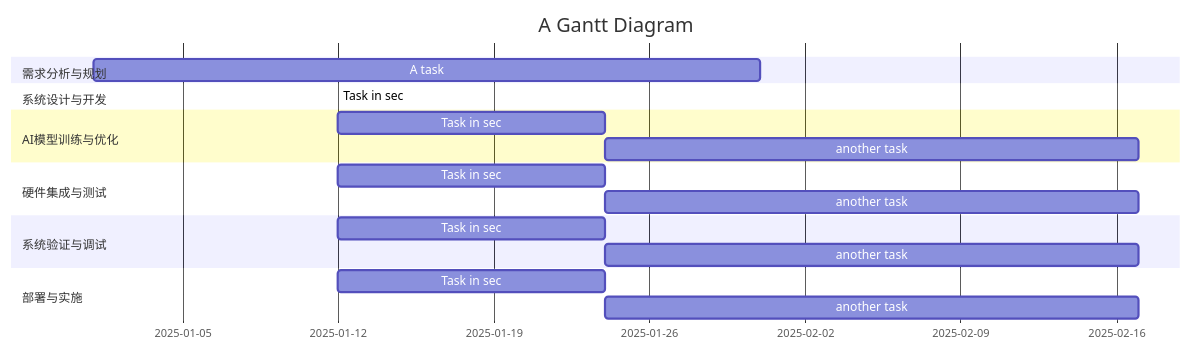
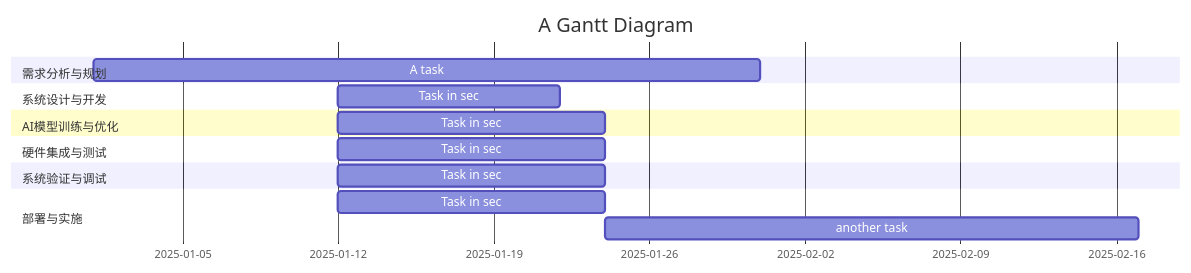
The diagram in all/代码甘特图.md (libobo6/iodraw-files), drawn with Mermaid before and after one commit.

Commit message:
2025-01-14 10:55:20 update

````diff
--- a/all/代码甘特图.md
+++ b/all/代码甘特图.md
@@ -1,21 +1,18 @@
 ```mermaid
 gantt
     title A Gantt Diagram
     dateFormat  YYYY-MM-DD
     section 需求分析与规划
     A task           :a1, 2025-01-01, 30d
     section 系统设计与开发
-    Task in sec      :2025-01-12  , 1
+    Task in sec      :2025-01-12  , 10d
     section AI模型训练与优化
     Task in sec      :2025-01-12  , 12d
-    another task      : 24d
     section 硬件集成与测试
     Task in sec      :2025-01-12  , 12d
-    another task      : 24d
     section 系统验证与调试
     Task in sec      :2025-01-12  , 12d
-    another task      : 24d
     section 部署与实施
     Task in sec      :2025-01-12  , 12d
     another task      : 24d
 ```
````
